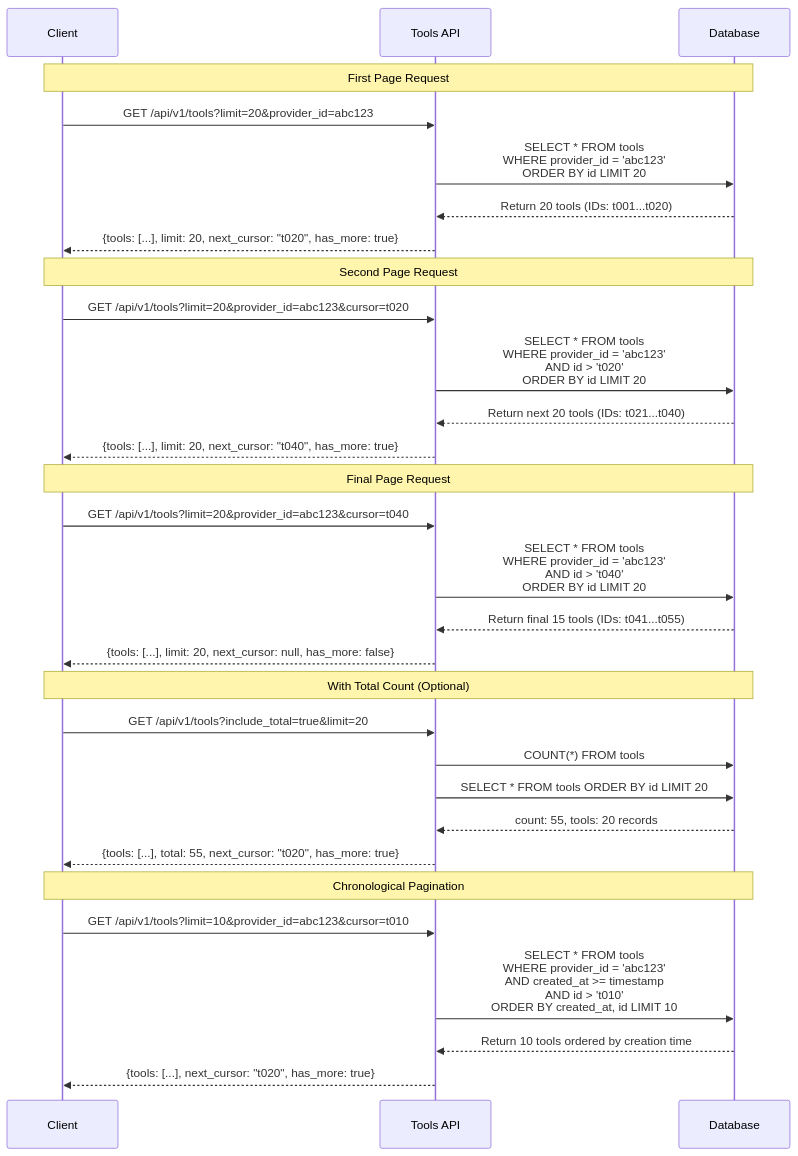
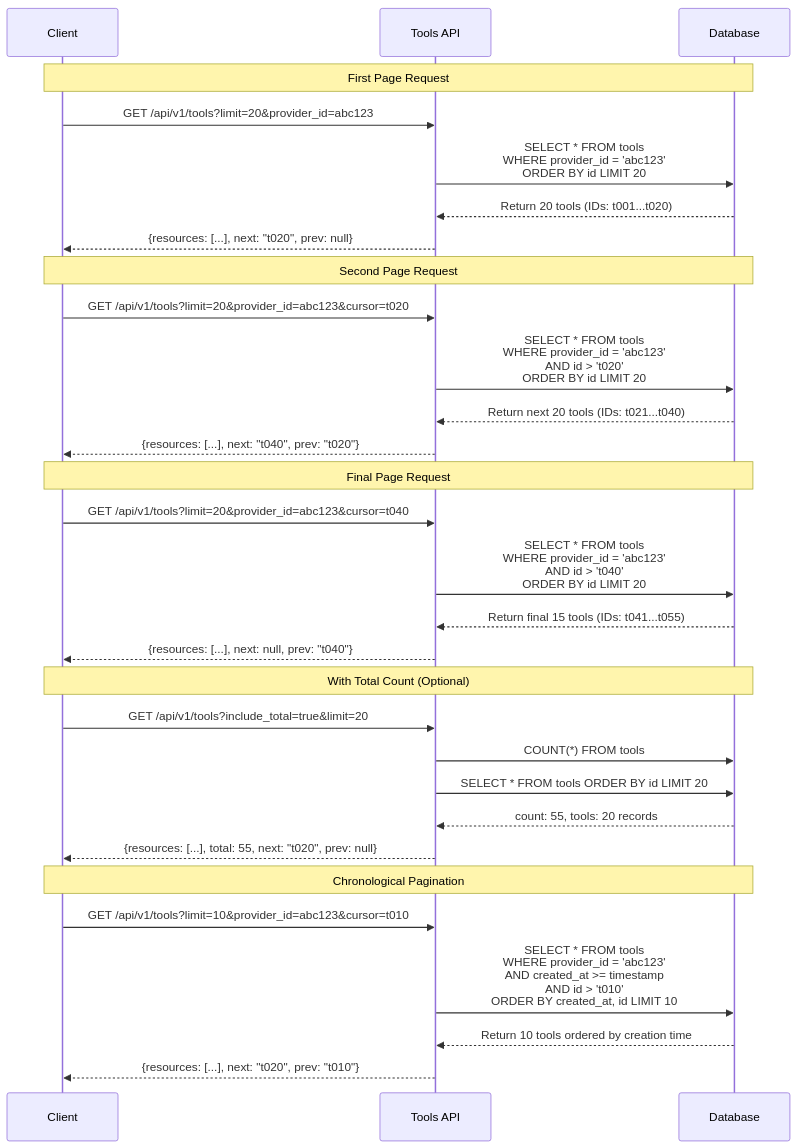
The diagram in specs/004-tool-management/data-model.md (alinabuzachis/syntara), drawn with Mermaid before and after one commit. The commit also changed other lines of this file and 60 other files, not shown here.

First line of the commit message:
feat: AAP-56027: Refactor all existing Tool Manager schemas and models to use shared base resources (#98)

````diff
--- a/specs/004-tool-management/data-model.md
+++ b/specs/004-tool-management/data-model.md
@@ -404,37 +404,37 @@
 ```mermaid
 sequenceDiagram
     participant Client
     participant API as Tools API
     participant DB as Database
 
     Note over Client,DB: First Page Request
     Client->>API: GET /api/v1/tools?limit=20&provider_id=abc123
     API->>DB: SELECT * FROM tools<br/>WHERE provider_id = 'abc123'<br/>ORDER BY id LIMIT 20
     DB-->>API: Return 20 tools (IDs: t001...t020)
-    API-->>Client: {tools: [...], limit: 20, next_cursor: "t020", has_more: true}
+    API-->>Client: {resources: [...], next: "t020", prev: null}
 
     Note over Client,DB: Second Page Request
     Client->>API: GET /api/v1/tools?limit=20&provider_id=abc123&cursor=t020
     API->>DB: SELECT * FROM tools<br/>WHERE provider_id = 'abc123'<br/>AND id > 't020'<br/>ORDER BY id LIMIT 20
     DB-->>API: Return next 20 tools (IDs: t021...t040)
-    API-->>Client: {tools: [...], limit: 20, next_cursor: "t040", has_more: true}
+    API-->>Client: {resources: [...], next: "t040", prev: "t020"}
 
     Note over Client,DB: Final Page Request
     Client->>API: GET /api/v1/tools?limit=20&provider_id=abc123&cursor=t040
     API->>DB: SELECT * FROM tools<br/>WHERE provider_id = 'abc123'<br/>AND id > 't040'<br/>ORDER BY id LIMIT 20
     DB-->>API: Return final 15 tools (IDs: t041...t055)
-    API-->>Client: {tools: [...], limit: 20, next_cursor: null, has_more: false}
+    API-->>Client: {resources: [...], next: null, prev: "t040"}
 
     Note over Client,DB: With Total Count (Optional)
     Client->>API: GET /api/v1/tools?include_total=true&limit=20
     API->>DB: COUNT(*) FROM tools
     API->>DB: SELECT * FROM tools ORDER BY id LIMIT 20
     DB-->>API: count: 55, tools: 20 records
-    API-->>Client: {tools: [...], total: 55, next_cursor: "t020", has_more: true}
+    API-->>Client: {resources: [...], total: 55, next: "t020", prev: null}
 
     Note over Client,DB: Chronological Pagination
     Client->>API: GET /api/v1/tools?limit=10&provider_id=abc123&cursor=t010
     API->>DB: SELECT * FROM tools<br/>WHERE provider_id = 'abc123'<br/>AND created_at >= timestamp<br/>AND id > 't010'<br/>ORDER BY created_at, id LIMIT 10
     DB-->>API: Return 10 tools ordered by creation time
-    API-->>Client: {tools: [...], next_cursor: "t020", has_more: true}
+    API-->>Client: {resources: [...], next: "t020", prev: "t010"}
 ```
````
